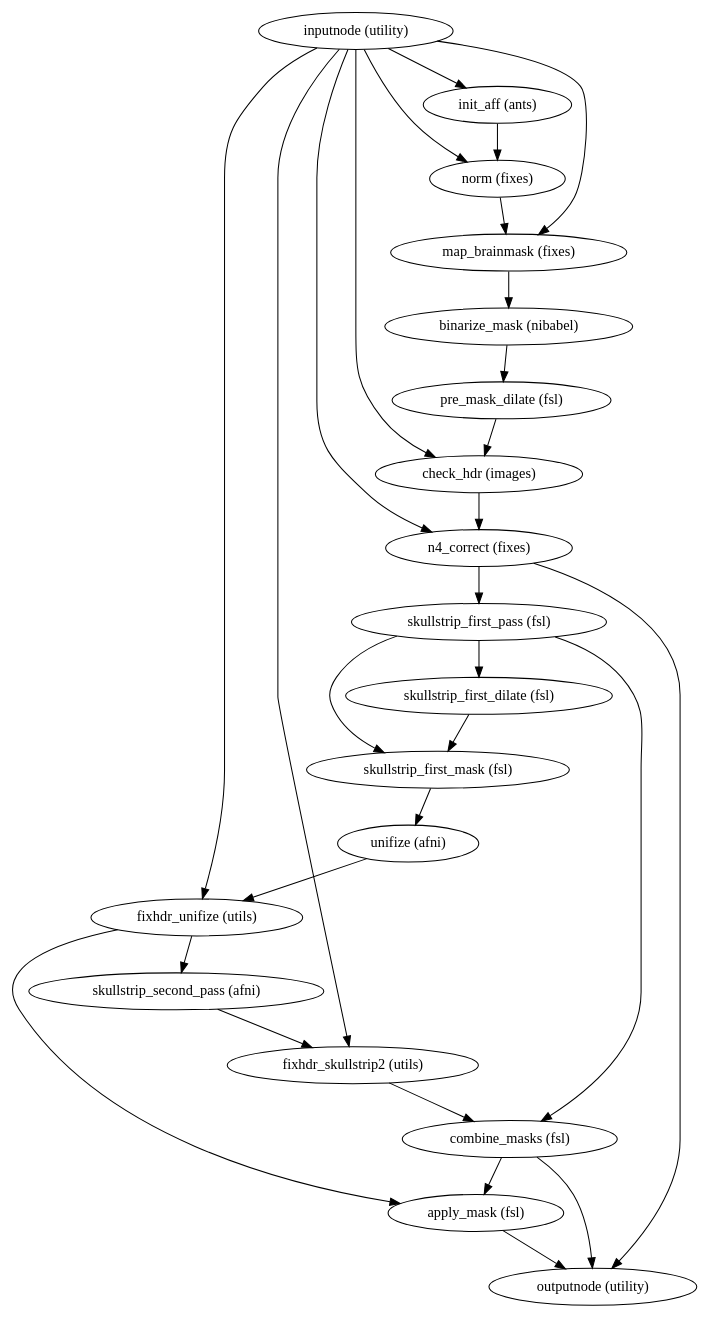
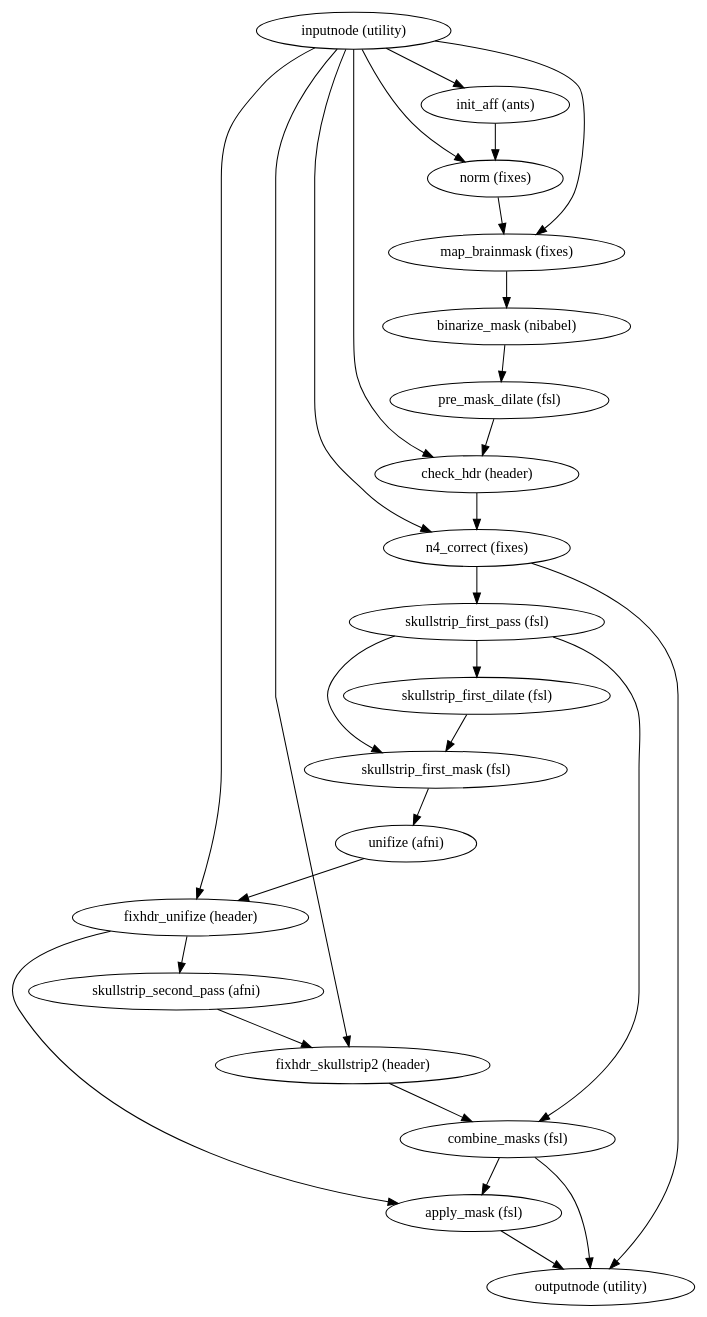
One commit to notZaki/niworkflows changed the diagram in 1.1.2/wf_directive/api/enhance_and_skullstrip_bold_wf/niworkflows-func-util-2.dot. Above: the diagram before and after it, drawn with Graphviz. The commit also changed 12515 other files, not shown here.

```diff
--- a/1.1.2/wf_directive/api/enhance_and_skullstrip_bold_wf/niworkflows-func-util-2.dot
+++ b/1.1.2/wf_directive/api/enhance_and_skullstrip_bold_wf/niworkflows-func-util-2.dot
@@ -1,48 +1,48 @@
 strict digraph  {
 "inputnode (utility)";
 "init_aff (ants)";
 "map_brainmask (fixes)";
 "norm (fixes)";
-"check_hdr (images)";
+"check_hdr (header)";
 "n4_correct (fixes)";
-"fixhdr_unifize (utils)";
-"fixhdr_skullstrip2 (utils)";
+"fixhdr_unifize (header)";
+"fixhdr_skullstrip2 (header)";
 "binarize_mask (nibabel)";
 "pre_mask_dilate (fsl)";
 "skullstrip_first_pass (fsl)";
 "outputnode (utility)";
 "skullstrip_second_pass (afni)";
 "apply_mask (fsl)";
 "combine_masks (fsl)";
 "skullstrip_first_dilate (fsl)";
 "skullstrip_first_mask (fsl)";
 "unifize (afni)";
 "inputnode (utility)" -> "init_aff (ants)";
 "inputnode (utility)" -> "map_brainmask (fixes)";
 "inputnode (utility)" -> "norm (fixes)";
-"inputnode (utility)" -> "check_hdr (images)";
+"inputnode (utility)" -> "check_hdr (header)";
 "inputnode (utility)" -> "n4_correct (fixes)";
-"inputnode (utility)" -> "fixhdr_unifize (utils)";
-"inputnode (utility)" -> "fixhdr_skullstrip2 (utils)";
+"inputnode (utility)" -> "fixhdr_unifize (header)";
+"inputnode (utility)" -> "fixhdr_skullstrip2 (header)";
 "init_aff (ants)" -> "norm (fixes)";
 "map_brainmask (fixes)" -> "binarize_mask (nibabel)";
 "norm (fixes)" -> "map_brainmask (fixes)";
-"check_hdr (images)" -> "n4_correct (fixes)";
+"check_hdr (header)" -> "n4_correct (fixes)";
 "n4_correct (fixes)" -> "skullstrip_first_pass (fsl)";
 "n4_correct (fixes)" -> "outputnode (utility)";
-"fixhdr_unifize (utils)" -> "skullstrip_second_pass (afni)";
-"fixhdr_unifize (utils)" -> "apply_mask (fsl)";
-"fixhdr_skullstrip2 (utils)" -> "combine_masks (fsl)";
+"fixhdr_unifize (header)" -> "skullstrip_second_pass (afni)";
+"fixhdr_unifize (header)" -> "apply_mask (fsl)";
+"fixhdr_skullstrip2 (header)" -> "combine_masks (fsl)";
 "binarize_mask (nibabel)" -> "pre_mask_dilate (fsl)";
-"pre_mask_dilate (fsl)" -> "check_hdr (images)";
+"pre_mask_dilate (fsl)" -> "check_hdr (header)";
 "skullstrip_first_pass (fsl)" -> "skullstrip_first_dilate (fsl)";
 "skullstrip_first_pass (fsl)" -> "skullstrip_first_mask (fsl)";
 "skullstrip_first_pass (fsl)" -> "combine_masks (fsl)";
-"skullstrip_second_pass (afni)" -> "fixhdr_skullstrip2 (utils)";
+"skullstrip_second_pass (afni)" -> "fixhdr_skullstrip2 (header)";
 "apply_mask (fsl)" -> "outputnode (utility)";
 "combine_masks (fsl)" -> "apply_mask (fsl)";
 "combine_masks (fsl)" -> "outputnode (utility)";
 "skullstrip_first_dilate (fsl)" -> "skullstrip_first_mask (fsl)";
 "skullstrip_first_mask (fsl)" -> "unifize (afni)";
-"unifize (afni)" -> "fixhdr_unifize (utils)";
+"unifize (afni)" -> "fixhdr_unifize (header)";
 }
```
